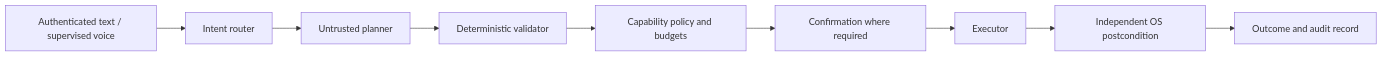
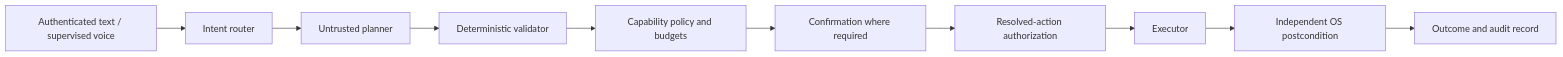
One commit to pavann19/SentinAL-Desktop-AI-Orchestration changed the diagram in README.md. Above: the diagram before and after it, drawn with Mermaid. The commit also changed other lines of this file and 131 other files, not shown here.

Commit message:
Enforce resolved-action authorization and curate release

````diff
--- a/README.md
+++ b/README.md
@@ -19,11 +19,12 @@
 ```mermaid
 flowchart LR
     U[Authenticated text / supervised voice] --> R[Intent router]
     R --> P[Untrusted planner]
     P --> V[Deterministic validator]
     V --> B[Capability policy and budgets]
     B --> C[Confirmation where required]
-    C --> E[Executor]
+    C --> D[Resolved-action authorization]
+    D --> E[Executor]
     E --> O[Independent OS postcondition]
     O --> A[Outcome and audit record]
 ```
````
